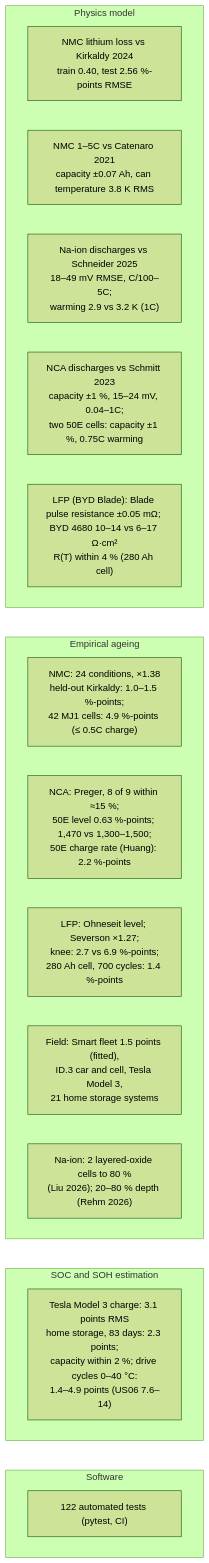
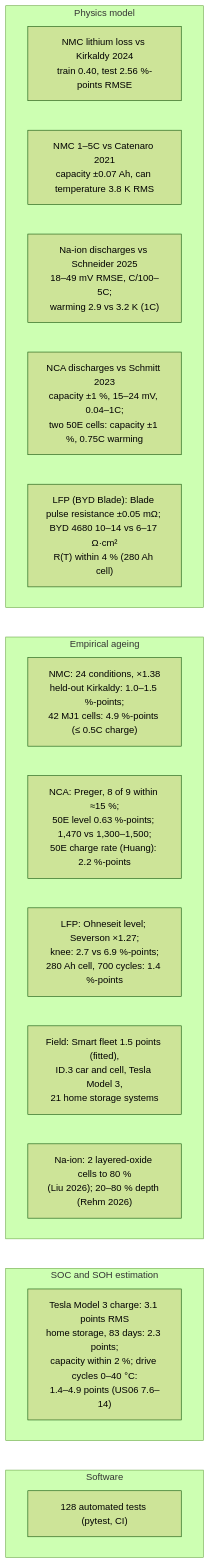
Diagram 12 of 12 in README.md (TheJohn01/DigitalTwinBattery), drawn with Mermaid (forest theme) before and after one commit. The commit also changed other lines of this file and 5 other files, not shown here.

````diff
--- a/README.md
+++ b/README.md
@@ -1832,24 +1835,24 @@
 ```mermaid
 flowchart TB
     subgraph PHY["Physics model"]
         V1["NMC lithium loss vs Kirkaldy 2024<br/>train 0.40, test 2.56 %-points RMSE"]
         V9["NMC 1–5C vs Catenaro 2021<br/>capacity ±0.07 Ah, can temperature 3.8 K RMS"]
         V0["Na-ion discharges vs Schneider 2025<br/>18–49 mV RMSE, C/100–5C;<br/>warming 2.9 vs 3.2 K (1C)"]
         V7["NCA discharges vs Schmitt 2023<br/>capacity ±1 %, 15–24 mV, 0.04–1C;<br/>two 50E cells: capacity ±1 %, 0.75C warming"]
         V8["LFP (BYD Blade): Blade pulse resistance ±0.05 mΩ; BYD 4680 10–14 vs 6–17 Ω·cm²<br/>R(T) within 4 % (280 Ah cell)"]
     end
     subgraph EMP["Empirical ageing"]
         V2["NMC: 24 conditions, ×1.38<br/>held-out Kirkaldy: 1.0–1.5 %-points;<br/>42 MJ1 cells: 4.9 %-points (≤ 0.5C charge)"]
         V3["NCA: Preger, 8 of 9 within ≈15 %;<br/>50E level 0.63 %-points; 1,470 vs 1,300–1,500;<br/>50E charge rate (Huang): 2.2 %-points"]
         V4["LFP: Ohneseit level; Severson ×1.27;<br/>knee: 2.7 vs 6.9 %-points;<br/>280 Ah cell, 700 cycles: 1.4 %-points"]
         V11["Field: Smart fleet 1.5 points (fitted),<br/>ID.3 car and cell, Tesla Model 3,<br/>21 home storage systems"]
         V5["Na-ion: 2 layered-oxide cells to 80 %<br/>(Liu 2026); 20–80 % depth (Rehm 2026)"]
     end
     subgraph EST["SOC and SOH estimation"]
         V10["Tesla Model 3 charge: 3.1 points RMS<br/>home storage, 83 days: 2.3 points;<br/>capacity within 2 %; drive cycles 0–40 °C:<br/>1.4–4.9 points (US06 7.6–14)"]
     end
     subgraph SW["Software"]
-        V6["122 automated tests (pytest, CI)"]
+        V6["128 automated tests (pytest, CI)"]
     end
     PHY ~~~ EMP ~~~ EST ~~~ SW
 ```
````
